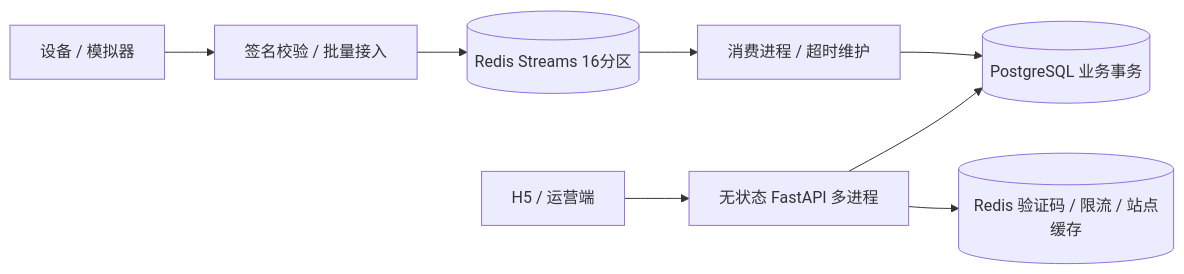
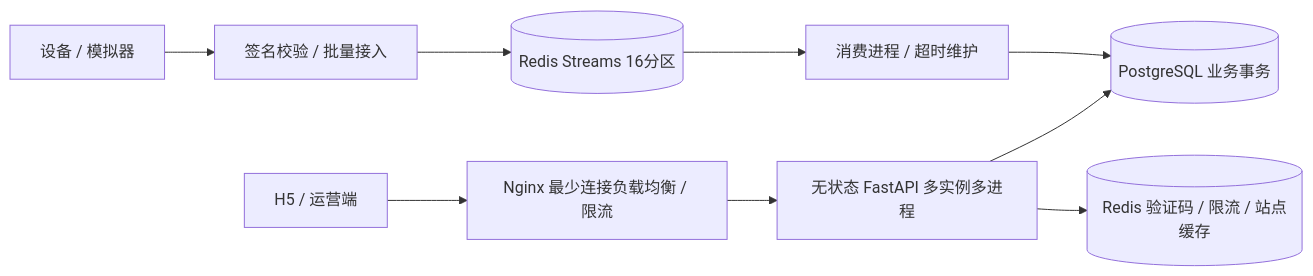
Before and after one commit to Emilia296/ass-2026fall: the diagram in docs/backend-architecture.md, drawn with Mermaid. The commit also changed other lines of this file and 13 other files, not shown here.

````diff
--- a/docs/backend-architecture.md
+++ b/docs/backend-architecture.md
@@ -5,10 +5,11 @@
 ```mermaid
 flowchart LR
-  Client[H5 / 运营端] --> API[无状态 FastAPI 多进程]
+  Client[H5 / 运营端] --> Gateway[Nginx 最少连接负载均衡 / 限流]
+  Gateway --> API[无状态 FastAPI 多实例多进程]
   API --> PG[(PostgreSQL 业务事务)]
   API --> Cache[(Redis 验证码 / 限流 / 站点缓存)]
   Device[设备 / 模拟器] --> Ingress[签名校验 / 批量接入]
   Ingress --> Streams[(Redis Streams 16分区)]
   Streams --> Workers[消费进程 / 超时维护]
   Workers --> PG
 ```
````
